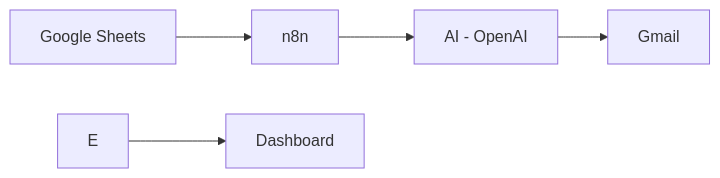
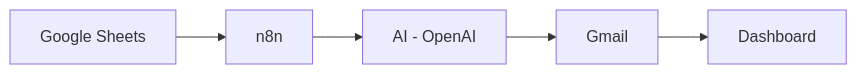
The diagram in README.md (riteshkafle/ARFinancialDashboard), drawn with Mermaid before and after one commit.

Commit message:
readme update

````diff
--- a/README.md
+++ b/README.md
@@ -30,7 +30,7 @@
 ```mermaid
 flowchart LR
     A[Google Sheets] --> B[n8n]
     B --> C[AI - OpenAI]
     C --> D[Gmail]
-    E --> F[Dashboard]
+    D --> E[Dashboard]
 ```
````
